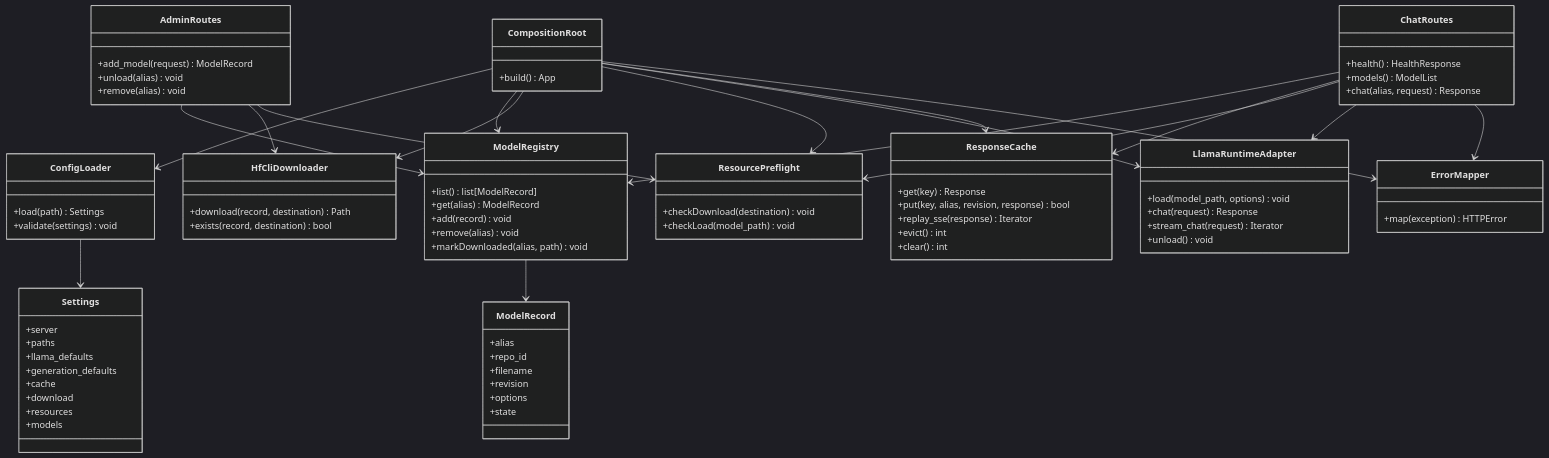
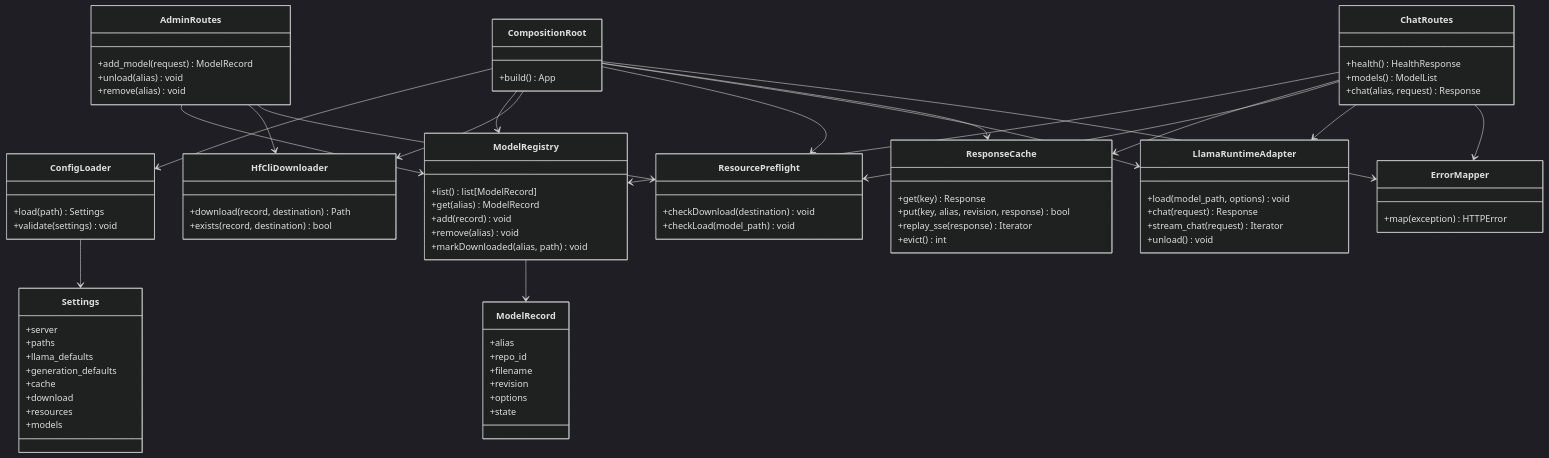
One commit to kkhatr2/local-llm changed the second of 6 diagrams in docs/architecture.md. Above: the diagram before and after it, drawn with Mermaid (dark theme). The commit also changed other lines of this file and 2 other files, not shown here.

Commit message:
Simplify cache contracts
Remove redundant checks and deferred cache surface; document validated key preconditions and verified Docker tests.

```diff
--- a/docs/architecture.md
+++ b/docs/architecture.md
@@ -163,7 +163,6 @@
         +put(key, alias, revision, response) bool
         +replay_sse(response) Iterator
         +evict() int
-        +clear() int
     }
 
     class ErrorMapper {
```
